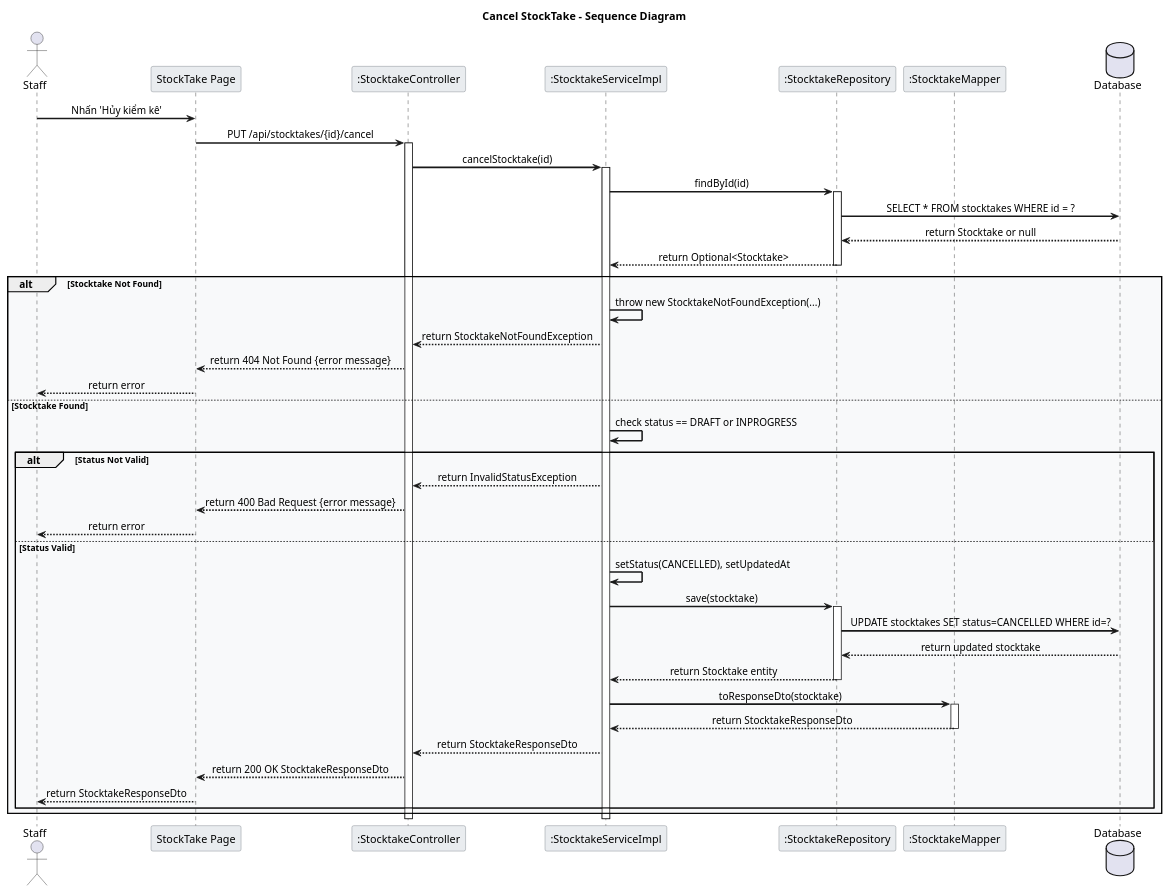
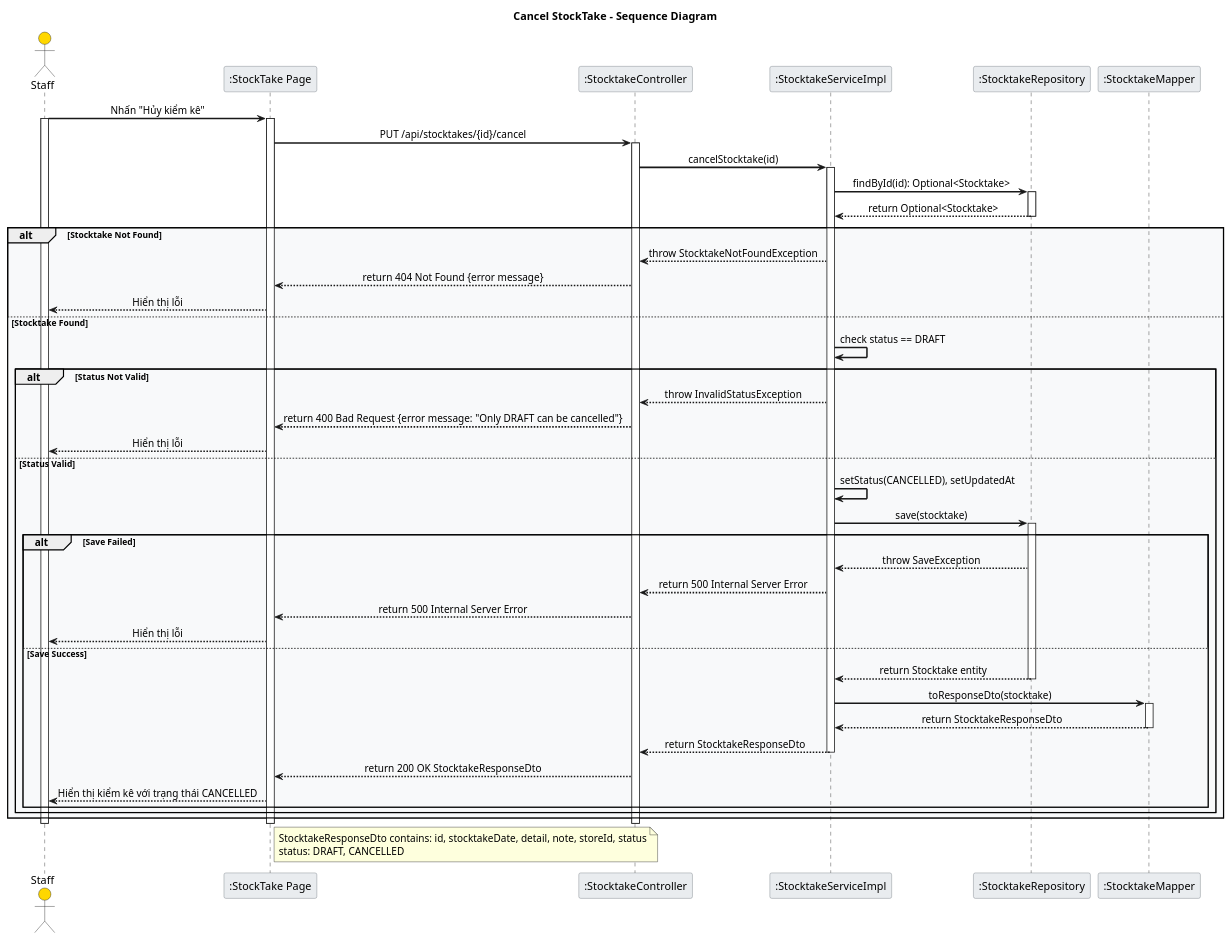
The diagram in Stocktake_Cancel_Sequence.puml (LamVNT/Farmovo), drawn with PlantUML before and after one commit. The commit also changed 25 other files, not shown here.

Commit message:
Fix Logic StockTake, Create Test Category and StockTake

```diff
--- a/Stocktake_Cancel_Sequence.puml
+++ b/Stocktake_Cancel_Sequence.puml
@@ -1,62 +1,75 @@
 @startuml Stocktake_Cancel_Sequence
 
 skinparam backgroundColor white
 skinparam sequenceArrowThickness 2
 skinparam sequenceMessageAlign center
 skinparam sequenceGroupBodyBackgroundColor #F8F9FA
 skinparam sequenceParticipantBorderColor #6C757D
 skinparam sequenceParticipantBackgroundColor #E9ECEF
 skinparam sequenceLifeLineStroke dash
+skinparam actorBackgroundColor #FFD700
 
 title Cancel StockTake - Sequence Diagram
 
 actor Staff
-participant "StockTake Page" as UI
+participant ":StockTake Page" as UI
 participant ":StocktakeController" as CC
 participant ":StocktakeServiceImpl" as CS
 participant ":StocktakeRepository" as CR
 participant ":StocktakeMapper" as CM
-database "Database" as DB
 
-Staff -> UI : Nhấn 'Hủy kiểm kê'
-UI -> CC : PUT /api/stocktakes/{id}/cancel
+Staff -> UI: Nhấn "Hủy kiểm kê"
+activate Staff
+activate UI
+UI -> CC: PUT /api/stocktakes/{id}/cancel
 activate CC
-CC -> CS : cancelStocktake(id)
+CC -> CS: cancelStocktake(id)
 activate CS
-CS -> CR : findById(id)
+CS -> CR: findById(id): Optional<Stocktake>
 activate CR
-CR -> DB : SELECT * FROM stocktakes WHERE id = ?
-DB --> CR : return Stocktake or null
-CR --> CS : return Optional<Stocktake>
+CR --> CS: return Optional<Stocktake>
 deactivate CR
 alt Stocktake Not Found
-    CS -> CS : throw new StocktakeNotFoundException(...)
-    CS --> CC : return StocktakeNotFoundException
-    CC --> UI : return 404 Not Found {error message}
-    UI --> Staff : return error
+    CS --> CC: throw StocktakeNotFoundException
+    CC --> UI: return 404 Not Found {error message}
+    UI --> Staff: Hiển thị lỗi
 else Stocktake Found
-    CS -> CS : check status == DRAFT or INPROGRESS
+    CS -> CS: check status == DRAFT
     alt Status Not Valid
-        CS --> CC : return InvalidStatusException
-        CC --> UI : return 400 Bad Request {error message}
-        UI --> Staff : return error
+        CS --> CC: throw InvalidStatusException
+        CC --> UI: return 400 Bad Request {error message: "Only DRAFT can be cancelled"}
+        UI --> Staff: Hiển thị lỗi
     else Status Valid
-        CS -> CS : setStatus(CANCELLED), setUpdatedAt
-        CS -> CR : save(stocktake)
+        CS -> CS: setStatus(CANCELLED), setUpdatedAt
+        CS -> CR: save(stocktake)
         activate CR
-        CR -> DB : UPDATE stocktakes SET status=CANCELLED WHERE id=?
-        DB --> CR : return updated stocktake
-        CR --> CS : return Stocktake entity
-        deactivate CR
-        CS -> CM : toResponseDto(stocktake)
-        activate CM
-        CM --> CS : return StocktakeResponseDto
-        deactivate CM
-        CS --> CC : return StocktakeResponseDto
-        CC --> UI : return 200 OK StocktakeResponseDto
-        UI --> Staff : return StocktakeResponseDto
+        alt Save Failed
+            CR --> CS: throw SaveException
+            CS --> CC: return 500 Internal Server Error
+            CC --> UI: return 500 Internal Server Error
+            UI --> Staff: Hiển thị lỗi
+        else Save Success
+            CR --> CS: return Stocktake entity
+            deactivate CR
+            CS -> CM: toResponseDto(stocktake)
+            activate CM
+            CM --> CS: return StocktakeResponseDto
+            deactivate CM
+            CS --> CC: return StocktakeResponseDto
+            deactivate CS
+            CC --> UI: return 200 OK StocktakeResponseDto
+            UI --> Staff: Hiển thị kiểm kê với trạng thái CANCELLED
+        end
     end
 end
-deactivate CS
+
 deactivate CC
-@enduml 
+deactivate UI
+deactivate Staff
+
+note right of UI
+    StocktakeResponseDto contains: id, stocktakeDate, detail, note, storeId, status
+    status: DRAFT, CANCELLED
+end note
+
+@enduml
```
